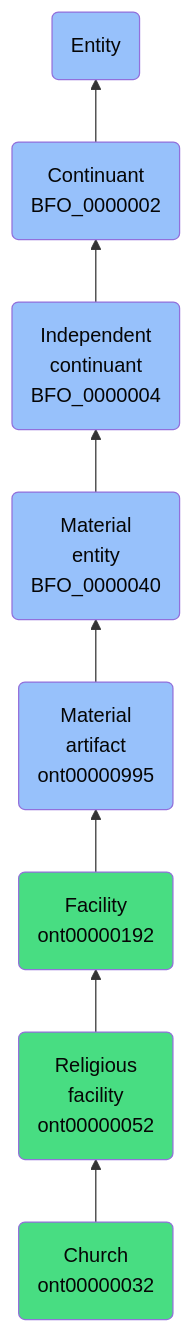
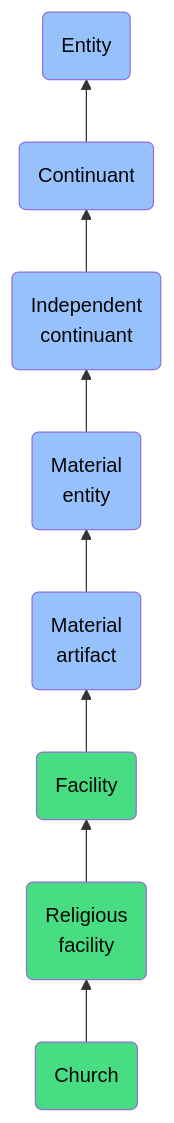
One commit to jupyter-naas/abi changed the diagram in docs/ontology/reference/model/Entity/Continuant/Independent continuant/Material entity/Material artifact/Facility/Religious facility/Church/Church.md. Above: the diagram before and after it, drawn with Mermaid. The commit also changed other lines of this file and 1430 other files, not shown here.

````diff
--- a/docs/ontology/reference/model/Entity/Continuant/Independent continuant/Material entity/Material artifact/Facility/Religious facility/Church/Church.md
+++ b/docs/ontology/reference/model/Entity/Continuant/Independent continuant/Material entity/Material artifact/Facility/Religious facility/Church/Church.md
@@ -24,15 +24,15 @@
 ```mermaid
 graph BT
-    ont00000032(Church<br>ont00000032):::ABI-->ont00000052
-    ont00000052(Religious<br>facility<br>ont00000052):::ABI-->ont00000192
-    ont00000192(Facility<br>ont00000192):::ABI-->ont00000995
-    ont00000995(Material<br>artifact<br>ont00000995):::BFO-->BFO_0000040
-    BFO_0000040(Material<br>entity<br>BFO_0000040):::BFO-->BFO_0000004
-    BFO_0000004(Independent<br>continuant<br>BFO_0000004):::BFO-->BFO_0000002
-    BFO_0000002(Continuant<br>BFO_0000002):::BFO-->BFO_0000001
+    ont00000032(Church):::ABI-->ont00000052
+    ont00000052(Religious<br>facility):::ABI-->ont00000192
+    ont00000192(Facility):::ABI-->ont00000995
+    ont00000995(Material<br>artifact):::BFO-->BFO_0000040
+    BFO_0000040(Material<br>entity):::BFO-->BFO_0000004
+    BFO_0000004(Independent<br>continuant):::BFO-->BFO_0000002
+    BFO_0000002(Continuant):::BFO-->BFO_0000001
     BFO_0000001(Entity):::BFO
     
     classDef BFO fill:#97c1fb,color:#060606
     classDef CCO fill:#e4c51e,color:#060606
     classDef ABI fill:#48DD82,color:#060606
 ```
````
